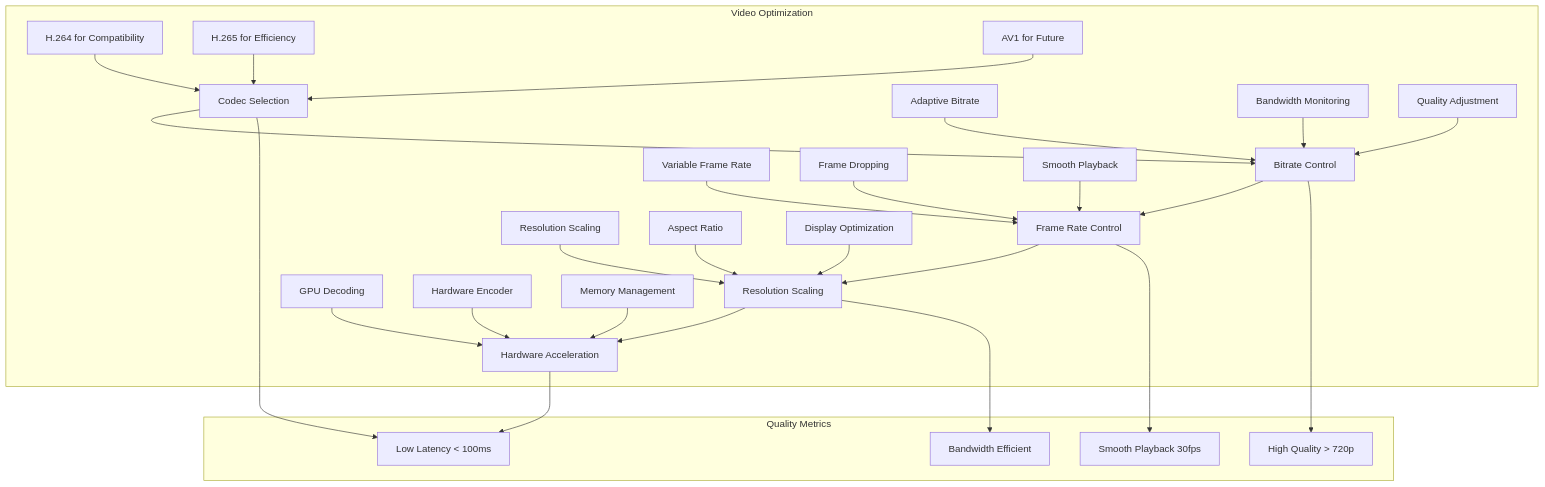
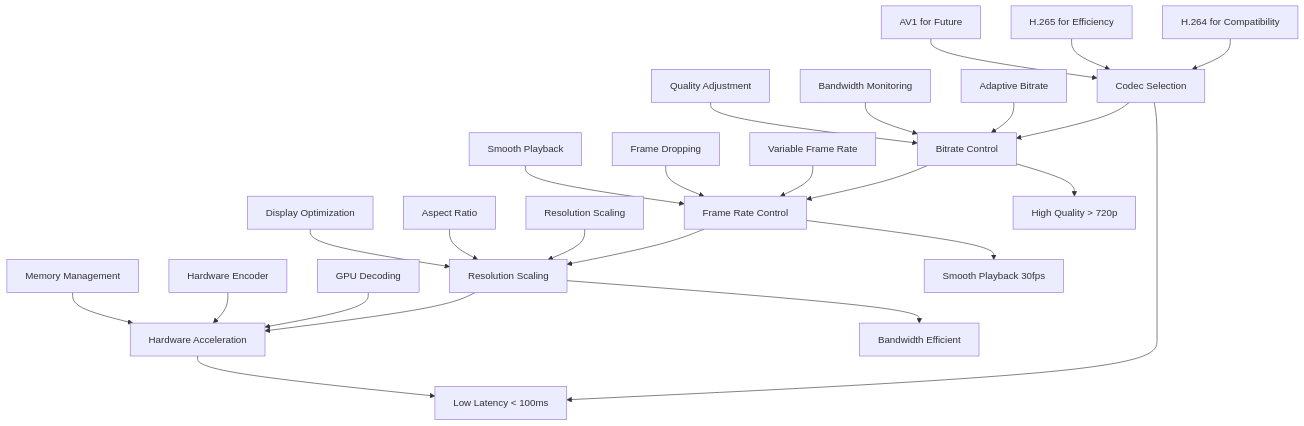
Before and after one commit to hsgang/qgroundcontrol: the eighth of 8 diagrams in QGroundControl_Data_Video_Architecture.md, drawn with Mermaid. The commit also changed other lines of this file, not shown here.

````diff
--- a/QGroundControl_Data_Video_Architecture.md
+++ b/QGroundControl_Data_Video_Architecture.md
@@ -551,42 +485,38 @@
 ```mermaid
 graph TB
-    subgraph "Video Optimization"
-        A[Codec Selection] --> B[Bitrate Control]
-        B --> C[Frame Rate Control]
-        C --> D[Resolution Scaling]
-        D --> E[Hardware Acceleration]
-        
-        A1[H.264 for Compatibility] --> A
-        A2[H.265 for Efficiency] --> A
-        A3[AV1 for Future] --> A
-        
-        B1[Adaptive Bitrate] --> B
-        B2[Bandwidth Monitoring] --> B
-        B3[Quality Adjustment] --> B
-        
-        C1[Variable Frame Rate] --> C
-        C2[Frame Dropping] --> C
-        C3[Smooth Playback] --> C
-        
-        D1[Resolution Scaling] --> D
-        D2[Aspect Ratio] --> D
-        D3[Display Optimization] --> D
-        
-        E1[GPU Decoding] --> E
-        E2[Hardware Encoder] --> E
-        E3[Memory Management] --> E
-    end
+    A[Codec Selection] --> B[Bitrate Control]
+    B --> C[Frame Rate Control]
+    C --> D[Resolution Scaling]
+    D --> E[Hardware Acceleration]
     
-    subgraph "Quality Metrics"
-        F[Low Latency < 100ms]
-        G[High Quality > 720p]
-        H[Smooth Playback 30fps]
-        I[Bandwidth Efficient]
-    end
+    A1[H.264 for Compatibility] --> A
+    A2[H.265 for Efficiency] --> A
+    A3[AV1 for Future] --> A
+    
+    B1[Adaptive Bitrate] --> B
+    B2[Bandwidth Monitoring] --> B
+    B3[Quality Adjustment] --> B
+    
+    C1[Variable Frame Rate] --> C
+    C2[Frame Dropping] --> C
+    C3[Smooth Playback] --> C
+    
+    D1[Resolution Scaling] --> D
+    D2[Aspect Ratio] --> D
+    D3[Display Optimization] --> D
+    
+    E1[GPU Decoding] --> E
+    E2[Hardware Encoder] --> E
+    E3[Memory Management] --> E
+    
+    F[Low Latency < 100ms]
+    G[High Quality > 720p]
+    H[Smooth Playback 30fps]
+    I[Bandwidth Efficient]
     
     A --> F
     B --> G
     C --> H
     D --> I
     E --> F
 ```
````
